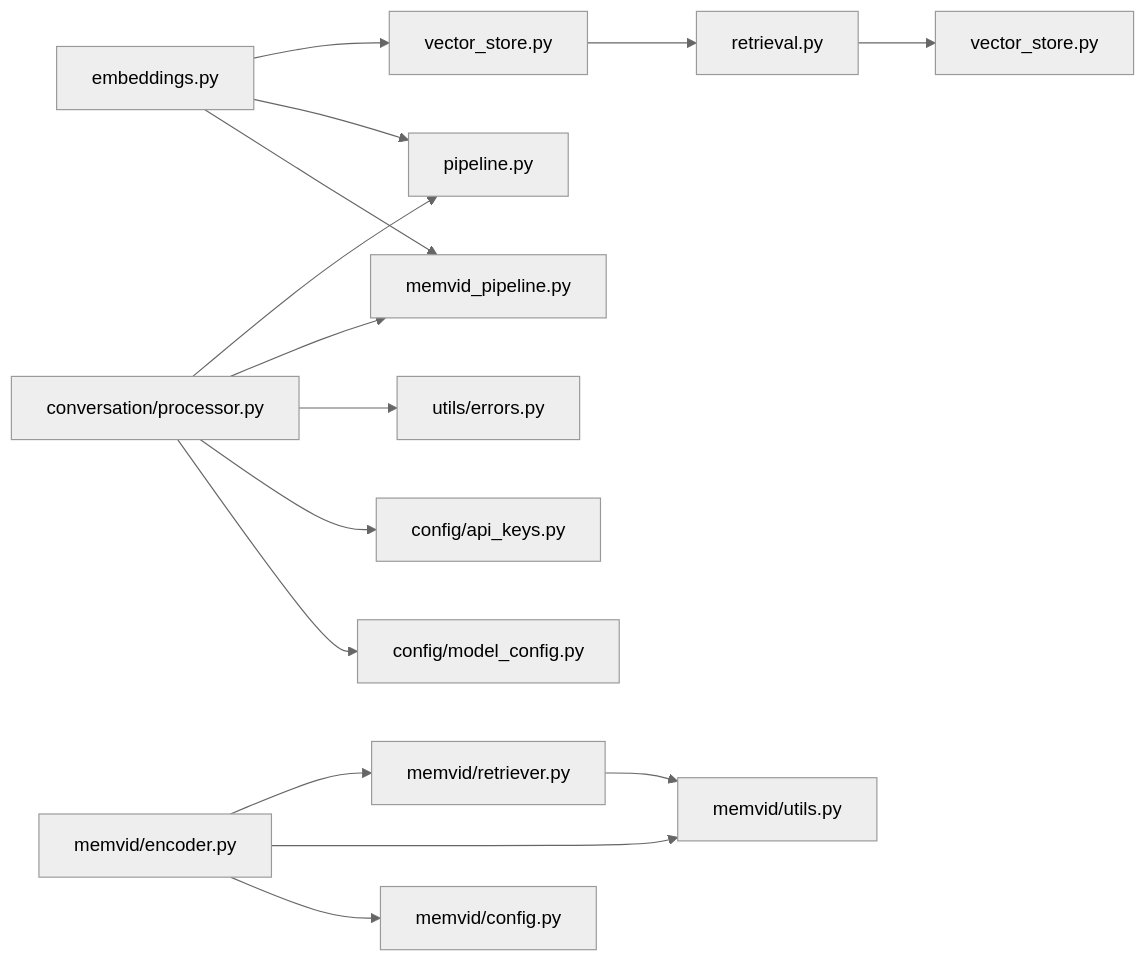
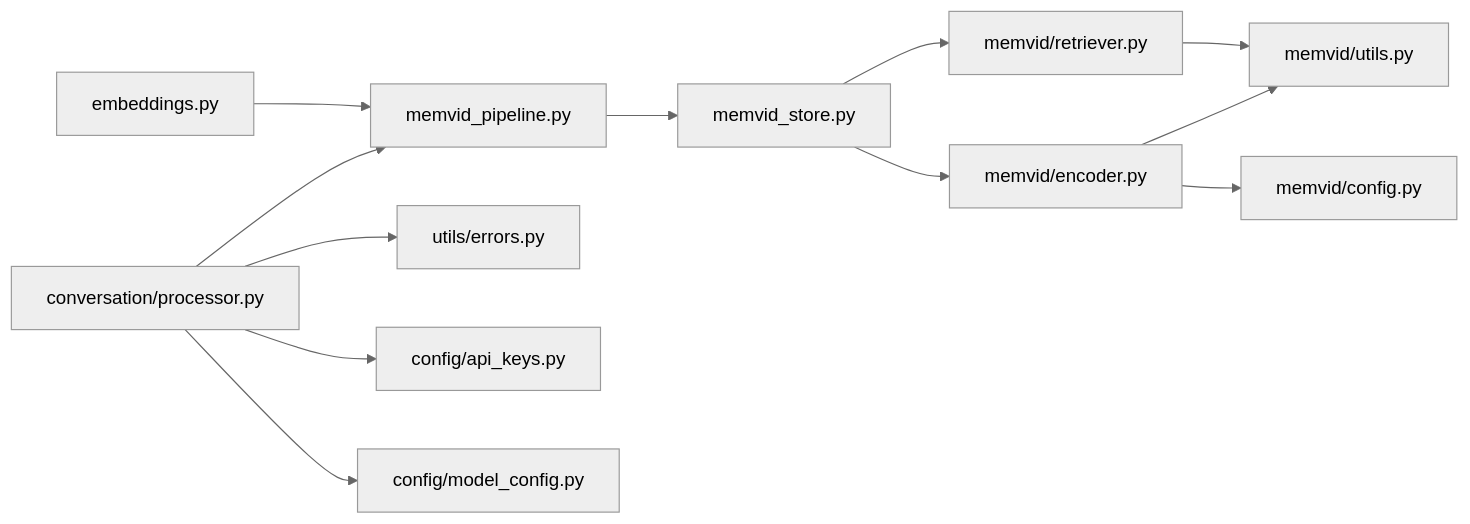
One commit to MOK-5-ha/MayaMCP changed the sixth of 6 diagrams in .qoder/repowiki/en/content/Retrieval-Augmented Generation (RAG)/Retrieval-Augmented Generation (RAG).md. Above: the diagram before and after it, drawn with Mermaid (neutral theme). The commit also changed other lines of this file and 27 other files, not shown here.

````diff
--- a/.qoder/repowiki/en/content/Retrieval-Augmented Generation (RAG)/Retrieval-Augmented Generation (RAG).md
+++ b/.qoder/repowiki/en/content/Retrieval-Augmented Generation (RAG)/Retrieval-Augmented Generation (RAG).md
@@ -314,17 +281,14 @@
 ```mermaid
 graph LR
-E["embeddings.py"] --> V["vector_store.py"]
-E --> P1["pipeline.py"]
-E --> P2["memvid_pipeline.py"]
-V --> R["retrieval.py"]
-R --> VS["vector_store.py"]
-ME["memvid/encoder.py"] --> MR["memvid/retriever.py"]
-ME --> MU["memvid/utils.py"]
-MR --> MU
+E["embeddings.py"] --> MP["memvid_pipeline.py"]
+MP --> MS["memvid_store.py"]
+MS --> ME["memvid/encoder.py"]
+MS --> MR["memvid/retriever.py"]
+MR --> MU["memvid/utils.py"]
+ME --> MU
 ME --> MC["memvid/config.py"]
-CP["conversation/processor.py"] --> P1
-CP --> P2
+CP["conversation/processor.py"] --> MP
 CP --> ER["utils/errors.py"]
 CP --> AK["config/api_keys.py"]
 CP --> MCN["config/model_config.py"]
 ```
````
